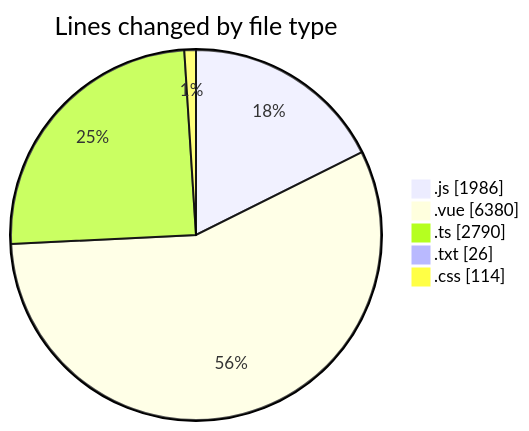
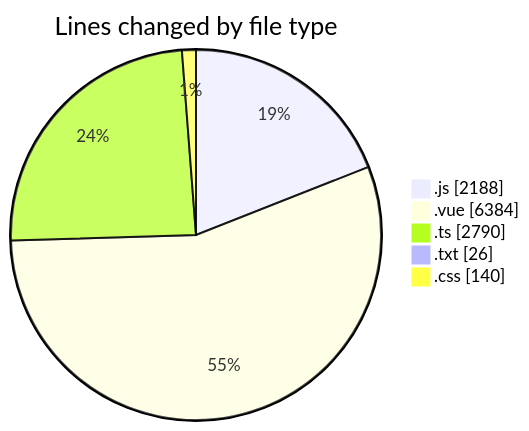
Before and after one commit to lephambinh05/code-tracking: the first of 2 diagrams in 2025-08-17/rentotp/README.md, drawn with Mermaid. The commit also changed other lines of this file and 1 other file, not shown here.

````diff
--- a/2025-08-17/rentotp/README.md
+++ b/2025-08-17/rentotp/README.md
@@ -54,9 +54,9 @@
 ```mermaid
 pie showData
 title Lines changed by file type
-".js" : 1986
-".vue" : 6380
+".js" : 2188
+".vue" : 6384
 ".ts" : 2790
 ".txt" : 26
-".css" : 114
+".css" : 140
 ```
````
